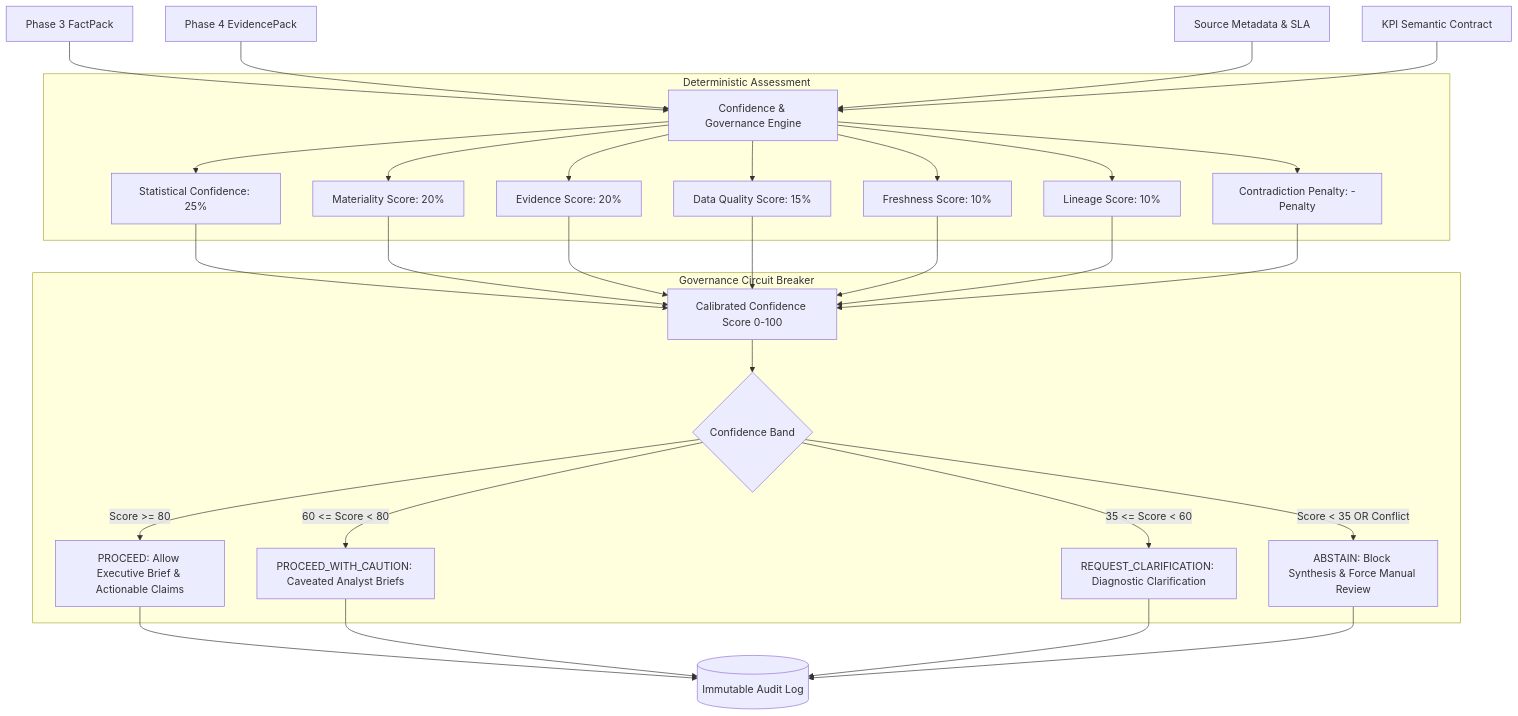
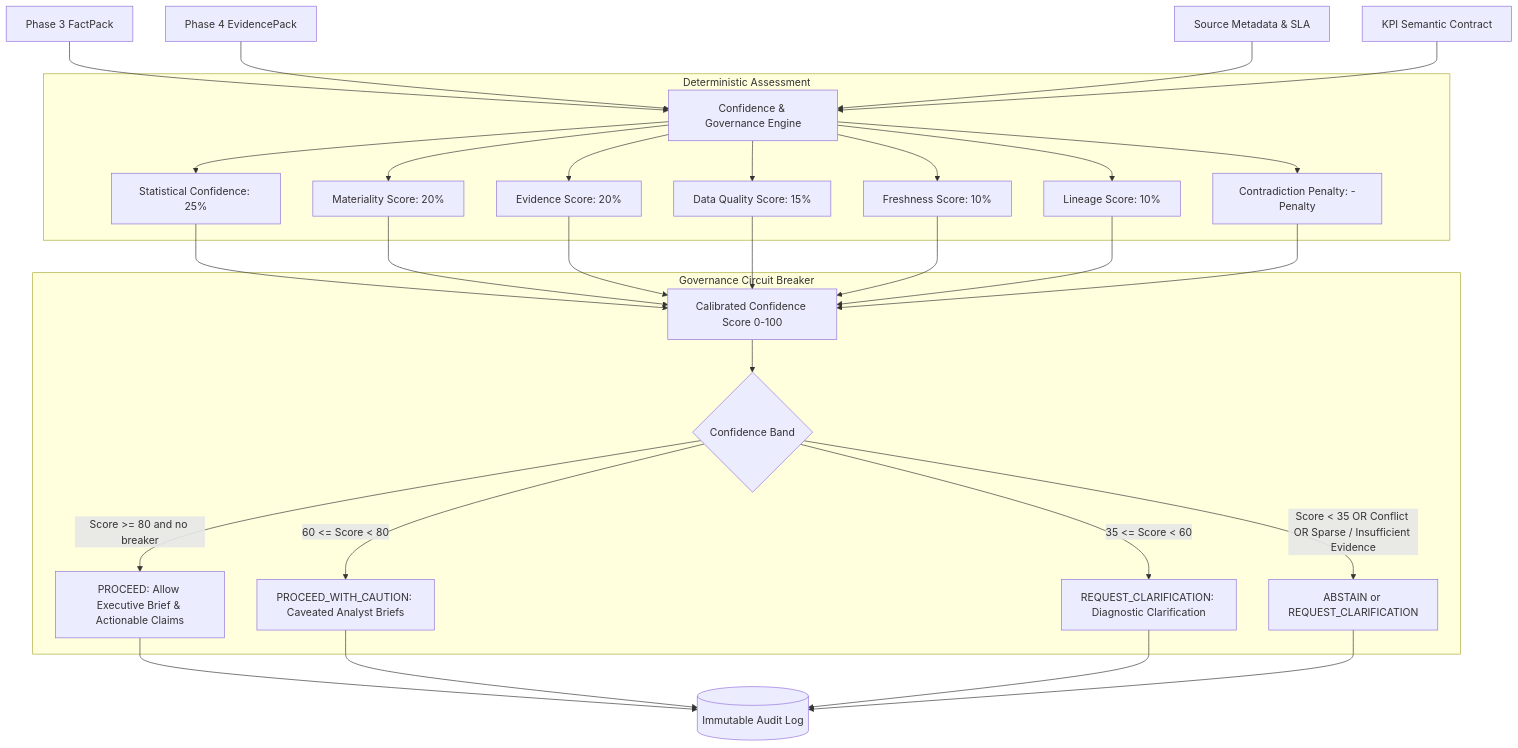
The diagram in docs/phase5_governance.md (Kanikashri19/Verta.ai_Accenture), drawn with Mermaid before and after one commit. The commit also changed other lines of this file and 25 other files, not shown here.

````diff
--- a/docs/phase5_governance.md
+++ b/docs/phase5_governance.md
@@ -13,29 +13,29 @@
 ```mermaid
 flowchart TD
     FP[Phase 3 FactPack] --> CE[Confidence & Governance Engine]
     EP[Phase 4 EvidencePack] --> CE
     SM[Source Metadata & SLA] --> CE
     KC[KPI Semantic Contract] --> CE
 
     subgraph "Deterministic Assessment"
         CE --> SC[Statistical Confidence: 25%]
         CE --> MS[Materiality Score: 20%]
         CE --> ES[Evidence Score: 20%]
         CE --> DQ[Data Quality Score: 15%]
         CE --> FS[Freshness Score: 10%]
         CE --> LS[Lineage Score: 10%]
         CE --> CP[Contradiction Penalty: -Penalty]
     end
 
     SC & MS & ES & DQ & FS & LS & CP --> CALIB[Calibrated Confidence Score 0-100]
 
     subgraph "Governance Circuit Breaker"
         CALIB --> CB{Confidence Band}
-        CB -->|Score >= 80| PROCEED[PROCEED: Allow Executive Brief & Actionable Claims]
+        CB -->|Score >= 80 and no breaker| PROCEED[PROCEED: Allow Executive Brief & Actionable Claims]
         CB -->|60 <= Score < 80| CAUTION[PROCEED_WITH_CAUTION: Caveated Analyst Briefs]
         CB -->|35 <= Score < 60| CLARIFY[REQUEST_CLARIFICATION: Diagnostic Clarification]
-        CB -->|Score < 35 OR Conflict| ABSTAIN[ABSTAIN: Block Synthesis & Force Manual Review]
+        CB -->|Score < 35 OR Conflict OR Sparse / Insufficient Evidence| ABSTAIN[ABSTAIN or REQUEST_CLARIFICATION]
     end
 
     PROCEED & CAUTION & CLARIFY & ABSTAIN --> AUDIT[(Immutable Audit Log)]
 ```
````
